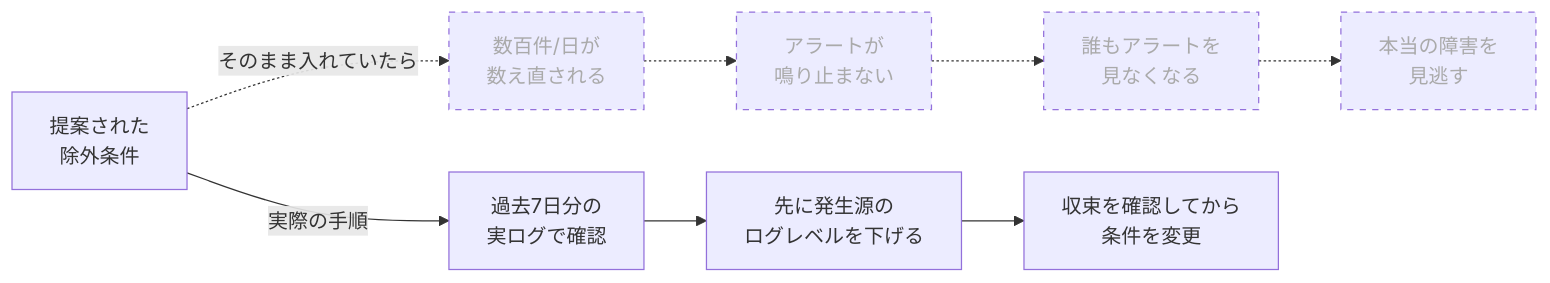
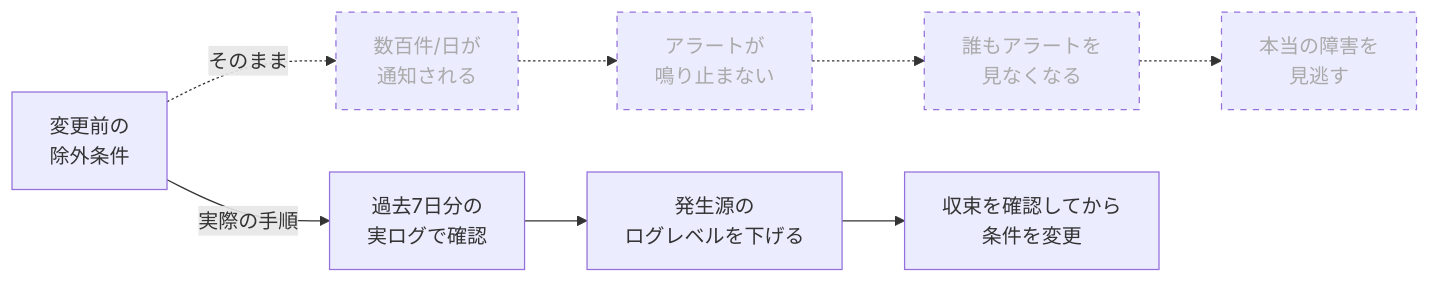
Before and after one commit to yamap55/Slide: the third of 6 diagrams in 20261013/slide.md, drawn with Mermaid. The commit also changed other lines of this file, not shown here.

````diff
--- a/20261013/slide.md
+++ b/20261013/slide.md
@@ -145,13 +156,13 @@
 ```mermaid
 flowchart LR
-  P[提案された<br/>除外条件]
-  P -.->|そのまま入れていたら| X1[数百件/日が<br/>数え直される]
+  P[変更前の<br/>除外条件]
+  P -.->|そのまま| X1[数百件/日が<br/>通知される]
   X1 -.-> X2[アラートが<br/>鳴り止まない]
   X2 -.-> X3[誰もアラートを<br/>見なくなる]
   X3 -.-> X4[本当の障害を<br/>見逃す]
   P -->|実際の手順| S1[過去7日分の<br/>実ログで確認]
-  S1 --> S2[先に発生源の<br/>ログレベルを下げる]
+  S1 --> S2[発生源の<br/>ログレベルを下げる]
   S2 --> S3[収束を確認してから<br/>条件を変更]
   classDef notHappened stroke-dasharray: 5 5,color:#aaaaaa
   class X1,X2,X3,X4 notHappened
 ```
````
